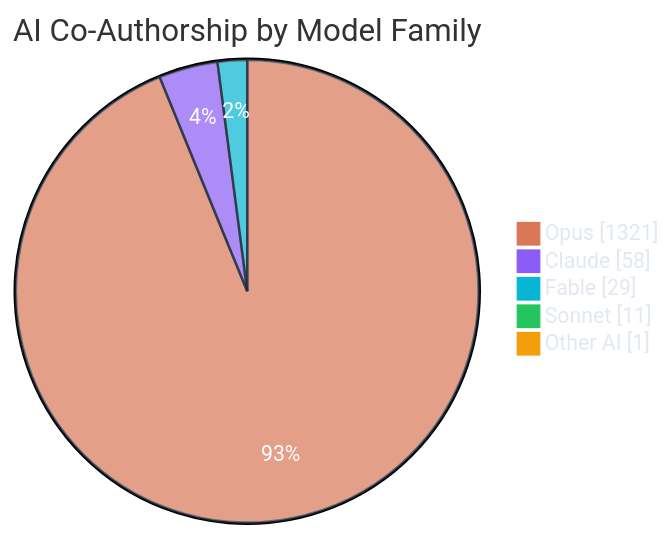
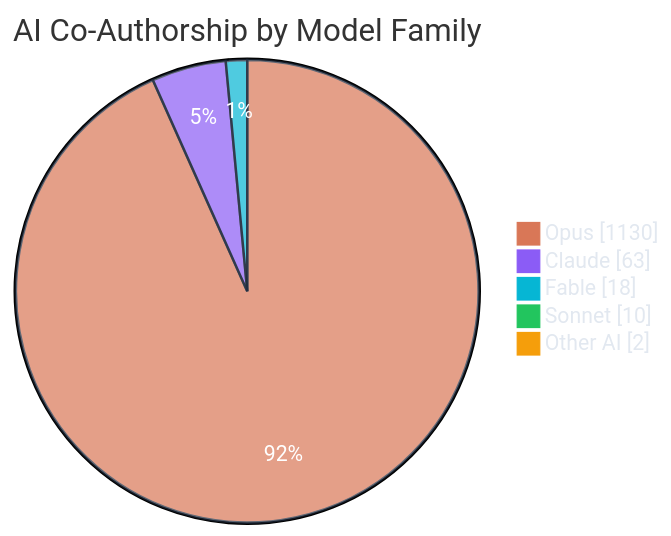
Before and after one commit to polo-nyan/polo-nyan: the third of 7 diagrams in README.md, drawn with Mermaid. The commit also changed other lines of this file and 1 other file, not shown here.

````diff
--- a/README.md
+++ b/README.md
@@ -279,10 +279,10 @@
 ```mermaid
 %%{init: {"theme": "base", "themeVariables": { "pie1": "#d97757", "pie2": "#8b5cf6", "pie3": "#06b6d4", "pie4": "#22c55e", "pie5": "#f59e0b", "pie6": "#ec4899", "pieTextColor": "#ffffff", "pieLegendTextColor": "#e2e8f0", "pieSectionTextColor": "#ffffff", "pieStrokeColor": "#1e293b" }}}%%
 pie showData
     title AI Co-Authorship by Model Family
-    "Opus" : 1321
-    "Claude" : 58
-    "Fable" : 29
-    "Sonnet" : 11
-    "Other AI" : 1
+    "Opus" : 1130
+    "Claude" : 63
+    "Fable" : 18
+    "Sonnet" : 10
+    "Other AI" : 2
 ```
````
